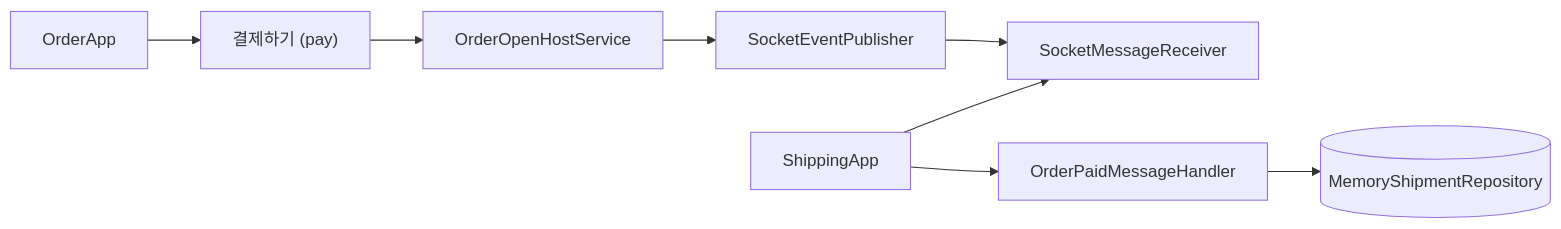
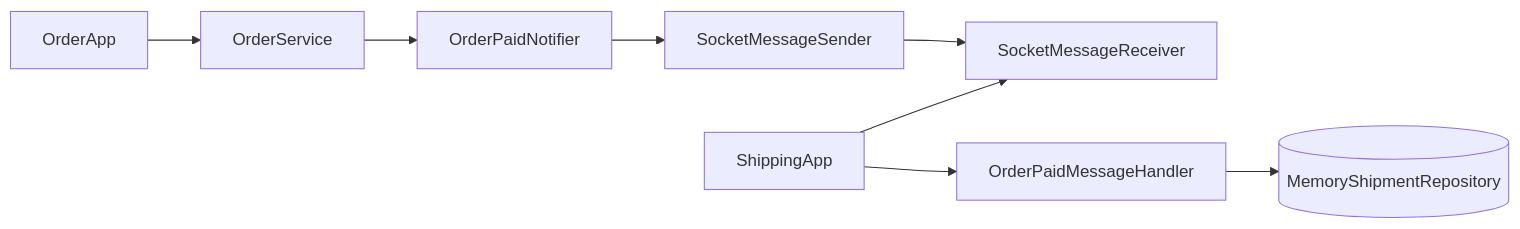
One commit to busan-bank-2026/ddd-example changed the ninth of 9 diagrams in .projectcode/wiki/scenarios.md. Above: the diagram before and after it, drawn with Mermaid. The commit also changed other lines of this file and 5 other files, not shown here.

````diff
--- a/.projectcode/wiki/scenarios.md
+++ b/.projectcode/wiki/scenarios.md
@@ -163,10 +175,10 @@
 ```mermaid
 flowchart LR
-  A[OrderApp] --> B["결제하기 (pay)"]
-  B --> C[OrderOpenHostService]
-  C --> D[SocketEventPublisher]
+  A[OrderApp] --> B[OrderService]
+  B --> C[OrderPaidNotifier]
+  C --> D[SocketMessageSender]
   D --> E[SocketMessageReceiver]
   F[ShippingApp] --> E
   F --> G[OrderPaidMessageHandler]
   G --> H[(MemoryShipmentRepository)]
 ```
````
